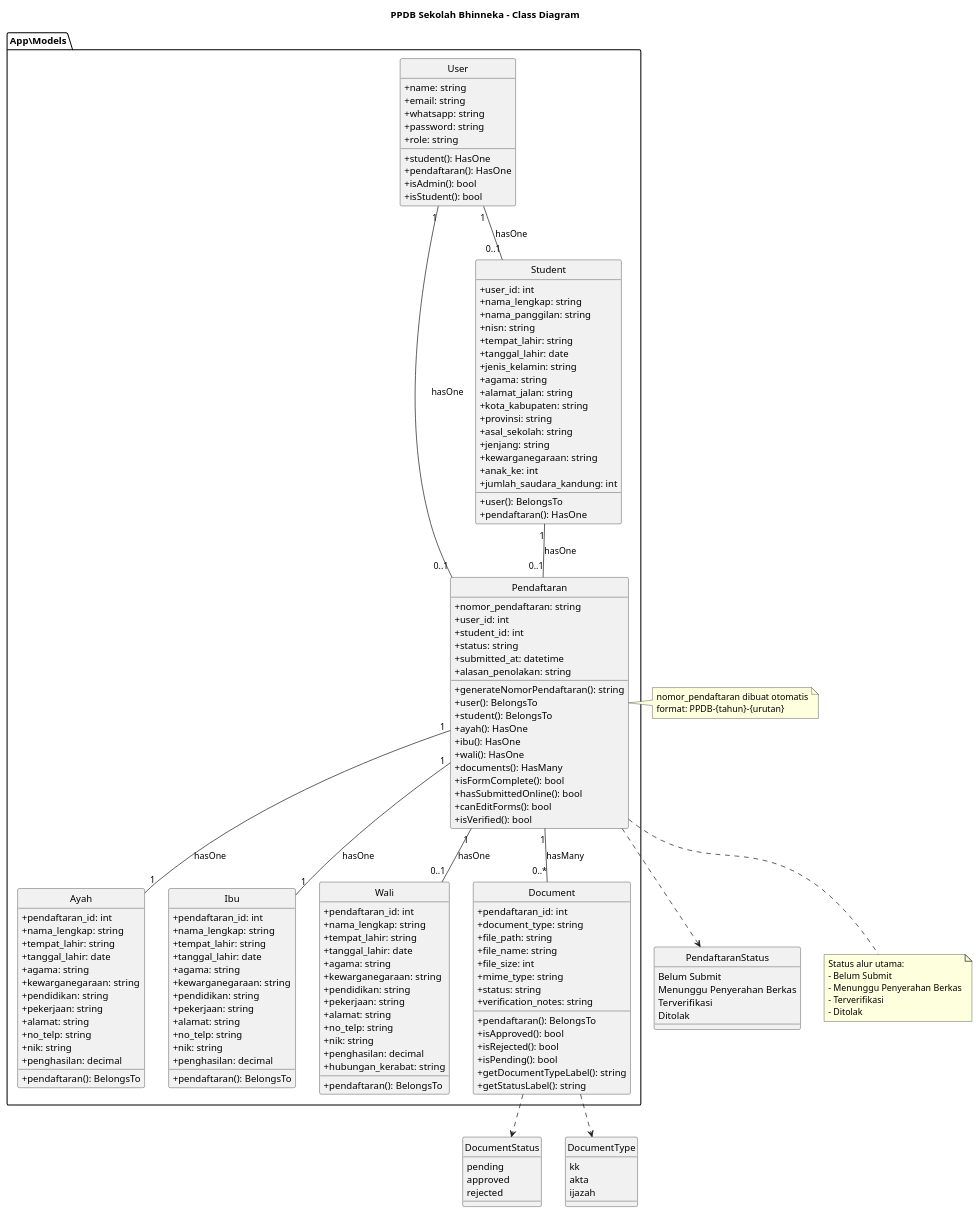
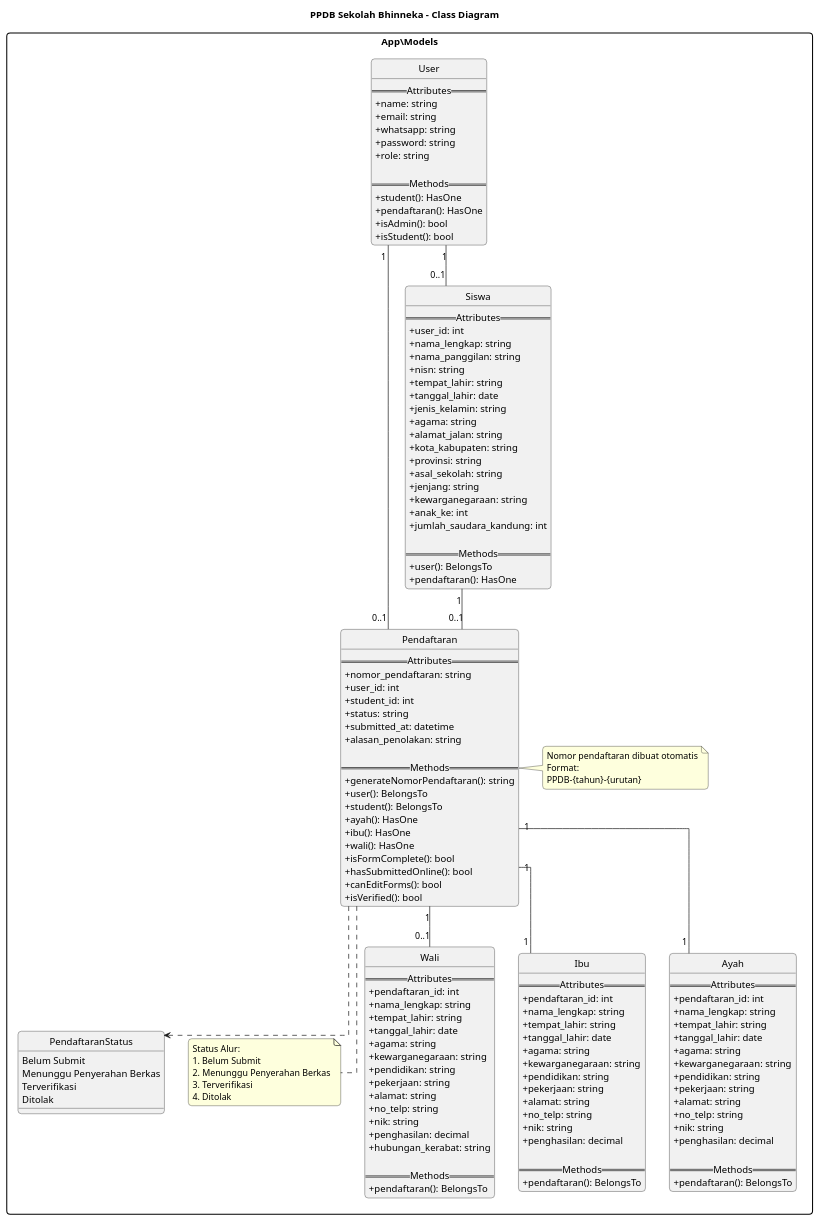
The diagram in docs/class-diagram.puml (martinmanurung/ppdb-bhinneka), drawn with PlantUML before and after one commit. The commit also changed 27 other files, not shown here.

```diff
--- a/docs/class-diagram.puml
+++ b/docs/class-diagram.puml
@@ -1,172 +1,171 @@
 @startuml
-skinparam classAttributeIconSize 0
-hide circle
 
 title PPDB Sekolah Bhinneka - Class Diagram
 
+top to bottom direction
+
+skinparam classAttributeIconSize 0
+skinparam shadowing false
+skinparam roundcorner 10
+skinparam packageStyle rectangle
+skinparam linetype ortho
+
+hide circle
+
 package "App\\Models" {
+
     class User {
+        == Attributes ==
         +name: string
         +email: string
         +whatsapp: string
         +password: string
         +role: string
+
+        == Methods ==
         +student(): HasOne
         +pendaftaran(): HasOne
         +isAdmin(): bool
         +isStudent(): bool
     }
 
-    class Student {
+    class Siswa {
+        == Attributes ==
         +user_id: int
         +nama_lengkap: string
         +nama_panggilan: string
         +nisn: string
         +tempat_lahir: string
         +tanggal_lahir: date
         +jenis_kelamin: string
         +agama: string
         +alamat_jalan: string
         +kota_kabupaten: string
         +provinsi: string
         +asal_sekolah: string
         +jenjang: string
         +kewarganegaraan: string
         +anak_ke: int
         +jumlah_saudara_kandung: int
+
+        == Methods ==
         +user(): BelongsTo
         +pendaftaran(): HasOne
     }
 
     class Pendaftaran {
+        == Attributes ==
         +nomor_pendaftaran: string
         +user_id: int
         +student_id: int
         +status: string
         +submitted_at: datetime
         +alasan_penolakan: string
+
+        == Methods ==
         +generateNomorPendaftaran(): string
         +user(): BelongsTo
         +student(): BelongsTo
         +ayah(): HasOne
         +ibu(): HasOne
         +wali(): HasOne
-        +documents(): HasMany
         +isFormComplete(): bool
         +hasSubmittedOnline(): bool
         +canEditForms(): bool
         +isVerified(): bool
     }
 
-    class Ayah {
-        +pendaftaran_id: int
-        +nama_lengkap: string
-        +tempat_lahir: string
-        +tanggal_lahir: date
-        +agama: string
-        +kewarganegaraan: string
-        +pendidikan: string
-        +pekerjaan: string
-        +alamat: string
-        +no_telp: string
-        +nik: string
-        +penghasilan: decimal
-        +pendaftaran(): BelongsTo
+    together {
+
+        class Ayah {
+            == Attributes ==
+            +pendaftaran_id: int
+            +nama_lengkap: string
+            +tempat_lahir: string
+            +tanggal_lahir: date
+            +agama: string
+            +kewarganegaraan: string
+            +pendidikan: string
+            +pekerjaan: string
+            +alamat: string
+            +no_telp: string
+            +nik: string
+            +penghasilan: decimal
+
+            == Methods ==
+            +pendaftaran(): BelongsTo
+        }
+
+        class Ibu {
+            == Attributes ==
+            +pendaftaran_id: int
+            +nama_lengkap: string
+            +tempat_lahir: string
+            +tanggal_lahir: date
+            +agama: string
+            +kewarganegaraan: string
+            +pendidikan: string
+            +pekerjaan: string
+            +alamat: string
+            +no_telp: string
+            +nik: string
+            +penghasilan: decimal
+
+            == Methods ==
+            +pendaftaran(): BelongsTo
+        }
+
+        class Wali {
+            == Attributes ==
+            +pendaftaran_id: int
+            +nama_lengkap: string
+            +tempat_lahir: string
+            +tanggal_lahir: date
+            +agama: string
+            +kewarganegaraan: string
+            +pendidikan: string
+            +pekerjaan: string
+            +alamat: string
+            +no_telp: string
+            +nik: string
+            +penghasilan: decimal
+            +hubungan_kerabat: string
+
+            == Methods ==
+            +pendaftaran(): BelongsTo
+        }
     }
 
-    class Ibu {
-        +pendaftaran_id: int
-        +nama_lengkap: string
-        +tempat_lahir: string
-        +tanggal_lahir: date
-        +agama: string
-        +kewarganegaraan: string
-        +pendidikan: string
-        +pekerjaan: string
-        +alamat: string
-        +no_telp: string
-        +nik: string
-        +penghasilan: decimal
-        +pendaftaran(): BelongsTo
+    enum PendaftaranStatus {
+        Belum Submit
+        Menunggu Penyerahan Berkas
+        Terverifikasi
+        Ditolak
     }
 
-    class Wali {
-        +pendaftaran_id: int
-        +nama_lengkap: string
-        +tempat_lahir: string
-        +tanggal_lahir: date
-        +agama: string
-        +kewarganegaraan: string
-        +pendidikan: string
-        +pekerjaan: string
-        +alamat: string
-        +no_telp: string
-        +nik: string
-        +penghasilan: decimal
-        +hubungan_kerabat: string
-        +pendaftaran(): BelongsTo
-    }
+    note right of Pendaftaran
+      Nomor pendaftaran dibuat otomatis
+      Format:
+      PPDB-{tahun}-{urutan}
+    end note
 
-    class Document {
-        +pendaftaran_id: int
-        +document_type: string
-        +file_path: string
-        +file_name: string
-        +file_size: int
-        +mime_type: string
-        +status: string
-        +verification_notes: string
-        +pendaftaran(): BelongsTo
-        +isApproved(): bool
-        +isRejected(): bool
-        +isPending(): bool
-        +getDocumentTypeLabel(): string
-        +getStatusLabel(): string
-    }
+    note bottom of Pendaftaran
+      Status Alur:
+      1. Belum Submit
+      2. Menunggu Penyerahan Berkas
+      3. Terverifikasi
+      4. Ditolak
+    end note
 }
 
-enum PendaftaranStatus {
-    Belum Submit
-    Menunggu Penyerahan Berkas
-    Terverifikasi
-    Ditolak
-}
+User        "1" -- "0..1" Siswa
+User        "1" -- "0..1" Pendaftaran
+Siswa       "1" -- "0..1" Pendaftaran
 
-enum DocumentStatus {
-    pending
-    approved
-    rejected
-}
-
-enum DocumentType {
-    kk
-    akta
-    ijazah
-}
-
-User "1" -- "0..1" Student : hasOne
-User "1" -- "0..1" Pendaftaran : hasOne
-Student "1" -- "0..1" Pendaftaran : hasOne
-Pendaftaran "1" -- "1" Ayah : hasOne
-Pendaftaran "1" -- "1" Ibu : hasOne
-Pendaftaran "1" -- "0..1" Wali : hasOne
-Pendaftaran "1" -- "0..*" Document : hasMany
+Pendaftaran "1" -- "1" Ayah
+Pendaftaran "1" -- "1" Ibu
+Pendaftaran "1" -- "0..1" Wali
 
 Pendaftaran ..> PendaftaranStatus
-Document ..> DocumentStatus
-Document ..> DocumentType
-
-note right of Pendaftaran
-  nomor_pendaftaran dibuat otomatis
-  format: PPDB-{tahun}-{urutan}
-end note
-
-note bottom of Pendaftaran
-  Status alur utama:
-  - Belum Submit
-  - Menunggu Penyerahan Berkas
-  - Terverifikasi
-  - Ditolak
-end note
 
 @enduml
```
